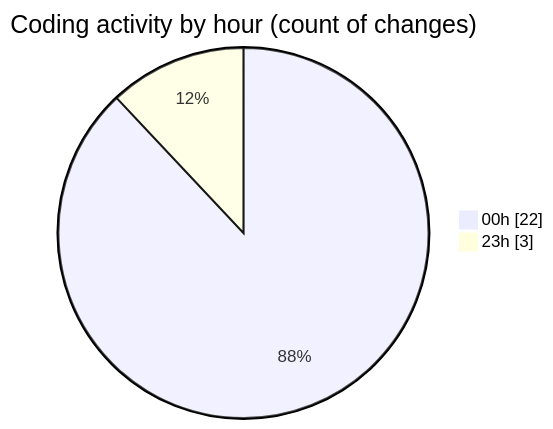
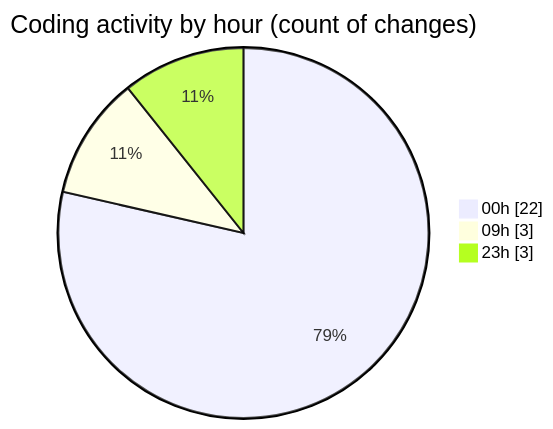
The second of 2 diagrams in 2026-04-10/cda/README.md (momahboobian/code-tracking), drawn with Mermaid before and after one commit. The commit also changed other lines of this file and 1 other file, not shown here.

````diff
--- a/2026-04-10/cda/README.md
+++ b/2026-04-10/cda/README.md
@@ -28,6 +28,7 @@
 ```mermaid
 pie showData
 title Coding activity by hour (count of changes)
 "00h" : 22
+"09h" : 3
 "23h" : 3
 ```
````
